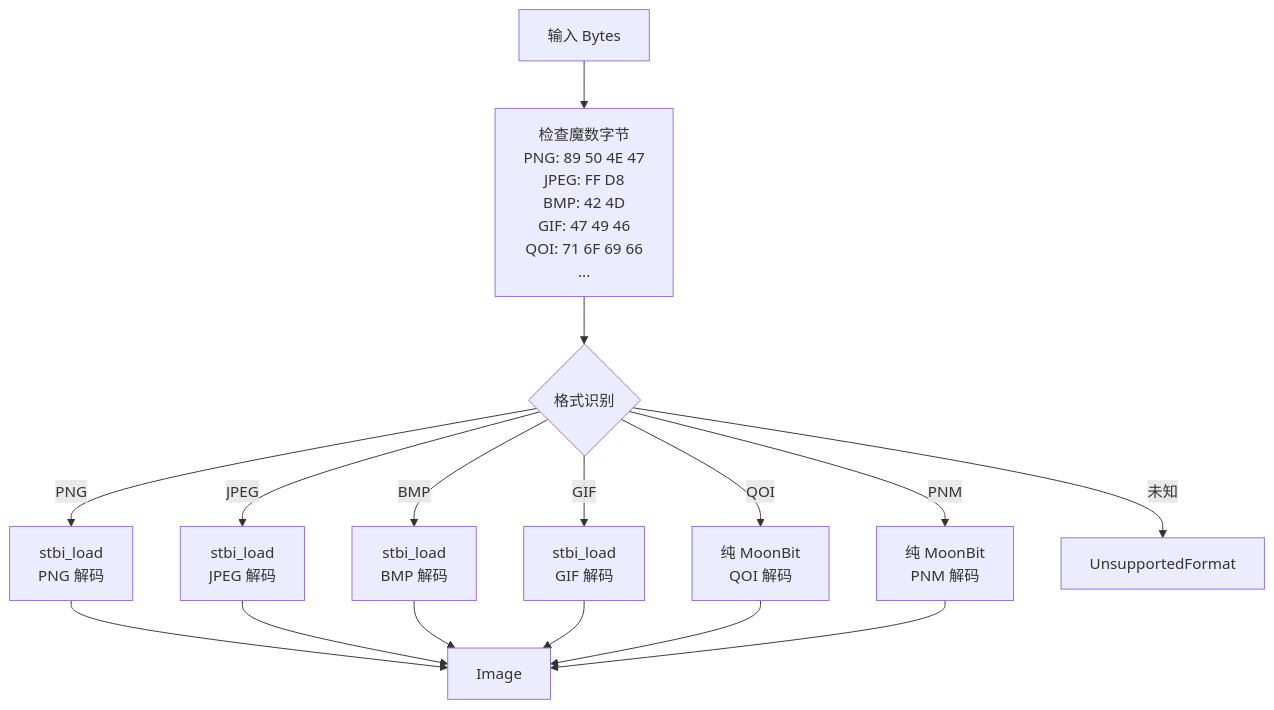
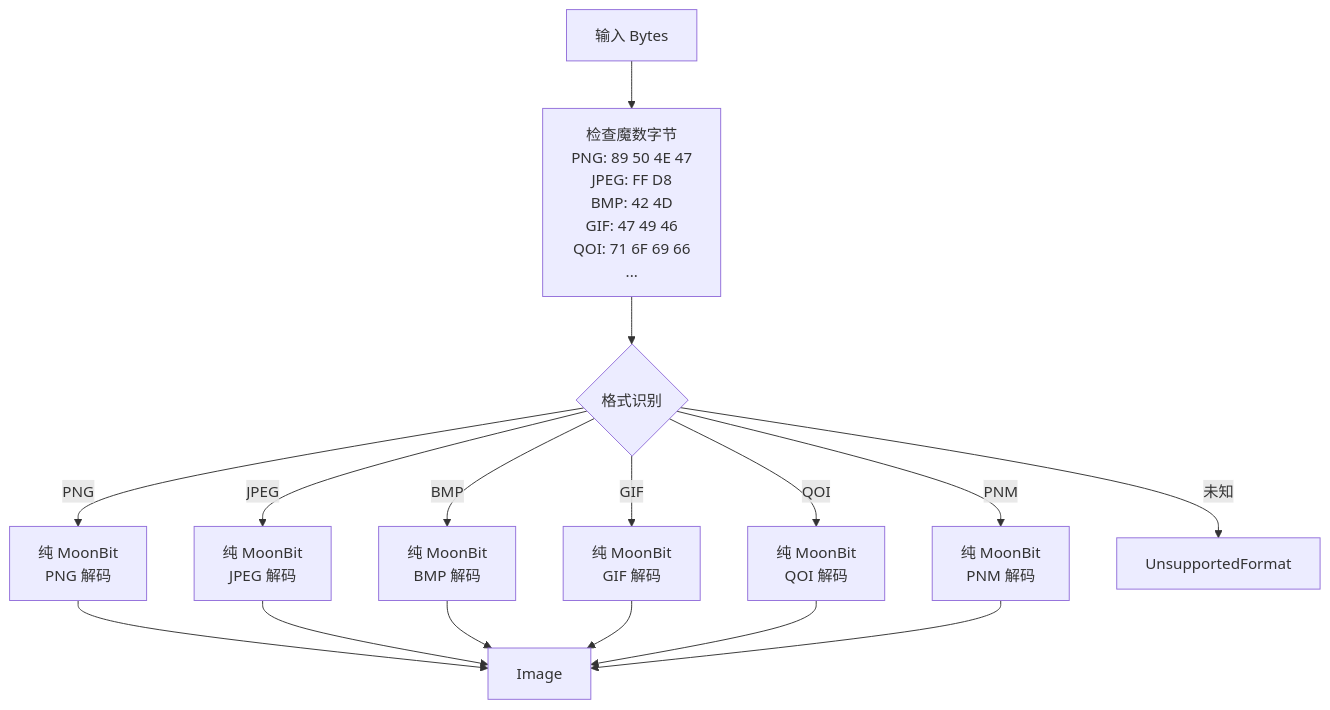
Diagram 12 of 14 in docs/architecture.md (toadium/stb-image), drawn with Mermaid before and after one commit. The commit also changed other lines of this file and 4 other files, not shown here.

Commit message:
文档: 清理 FFI/native-only 历史残留，更新为纯 MoonBit 全目标描述

````diff
--- a/docs/architecture.md
+++ b/docs/architecture.md
@@ -416,18 +390,18 @@
 ```mermaid
 flowchart TB
     Input["输入 Bytes"] --> Magic["检查魔数字节<br/>PNG: 89 50 4E 47<br/>JPEG: FF D8<br/>BMP: 42 4D<br/>GIF: 47 49 46<br/>QOI: 71 6F 69 66<br/>..."]
     Magic --> Format{"格式识别"}
-    Format -->|PNG| PNG["stbi_load<br/>PNG 解码"]
-    Format -->|JPEG| JPEG["stbi_load<br/>JPEG 解码"]
-    Format -->|BMP| BMP["stbi_load<br/>BMP 解码"]
-    Format -->|GIF| GIF["stbi_load<br/>GIF 解码"]
+    Format -->|PNG| PNG["纯 MoonBit<br/>PNG 解码"]
+    Format -->|JPEG| JPEG["纯 MoonBit<br/>JPEG 解码"]
+    Format -->|BMP| BMP["纯 MoonBit<br/>BMP 解码"]
+    Format -->|GIF| GIF["纯 MoonBit<br/>GIF 解码"]
     Format -->|QOI| QOI["纯 MoonBit<br/>QOI 解码"]
     Format -->|PNM| PNM["纯 MoonBit<br/>PNM 解码"]
     Format -->|未知| Err["UnsupportedFormat"]
     PNG --> Image["Image"]
     JPEG --> Image
     BMP --> Image
     GIF --> Image
     QOI --> Image
     PNM --> Image
 ```
````
